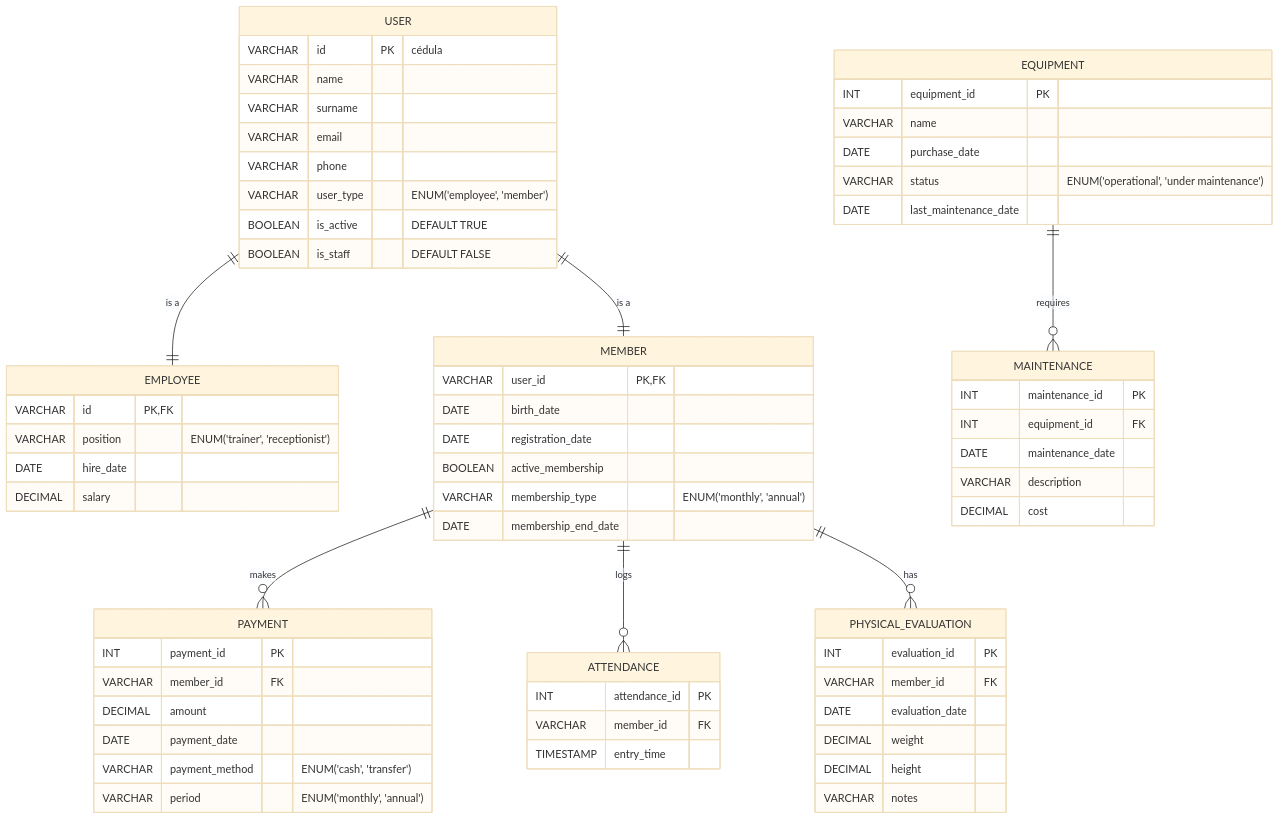
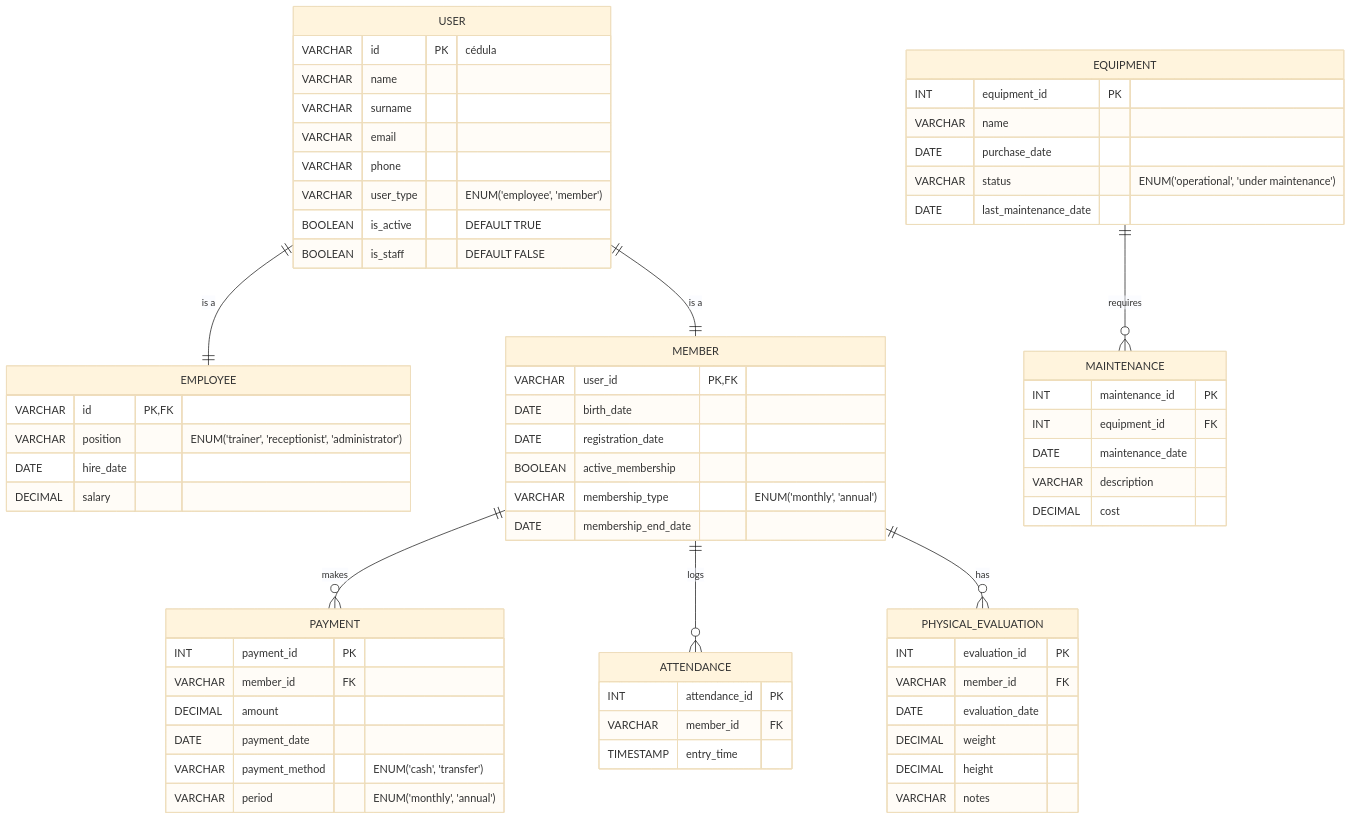
The diagram in database_model.md (SilkenBread/gms-backend), drawn with Mermaid (base theme) before and after one commit. The commit also changed 21 other files, not shown here.

````diff
--- a/database_model.md
+++ b/database_model.md
@@ -3,76 +3,76 @@
 ```mermaid
 erDiagram
     USER {
         VARCHAR id PK "cédula"
         VARCHAR name
         VARCHAR surname
         VARCHAR email
         VARCHAR phone
         VARCHAR user_type "ENUM('employee', 'member')"
         BOOLEAN is_active "DEFAULT TRUE"
         BOOLEAN is_staff "DEFAULT FALSE"
     }
 
     EMPLOYEE {
         VARCHAR id PK, FK
-        VARCHAR position "ENUM('trainer', 'receptionist')"
+        VARCHAR position "ENUM('trainer', 'receptionist', 'administrator')"
         DATE hire_date
         DECIMAL salary
     }
 
     MEMBER {
         VARCHAR user_id PK,FK
         DATE birth_date
         DATE registration_date
         BOOLEAN active_membership
         VARCHAR membership_type "ENUM('monthly', 'annual')"
         DATE membership_end_date
     }
 
     PAYMENT {
         INT payment_id PK
         VARCHAR member_id FK
         DECIMAL amount
         DATE payment_date
         VARCHAR payment_method "ENUM('cash', 'transfer')"
         VARCHAR period "ENUM('monthly', 'annual')"
     }
 
     ATTENDANCE {
         INT attendance_id PK
         VARCHAR member_id FK
         TIMESTAMP entry_time
     }
 
     PHYSICAL_EVALUATION {
         INT evaluation_id PK
         VARCHAR member_id FK
         DATE evaluation_date
         DECIMAL weight
         DECIMAL height
         VARCHAR notes
     }
 
     EQUIPMENT {
         INT equipment_id PK
         VARCHAR name
         DATE purchase_date
         VARCHAR status "ENUM('operational', 'under maintenance')"
         DATE last_maintenance_date
     }
 
     MAINTENANCE {
         INT maintenance_id PK
         INT equipment_id FK
         DATE maintenance_date
         VARCHAR description
         DECIMAL cost
     }
 
     USER ||--|| EMPLOYEE : "is a"
     USER ||--|| MEMBER : "is a"
     MEMBER ||--o{ PAYMENT : "makes"
     MEMBER ||--o{ ATTENDANCE : "logs"
     MEMBER ||--o{ PHYSICAL_EVALUATION : "has"
     EQUIPMENT ||--o{ MAINTENANCE : "requires"
 ```
````
